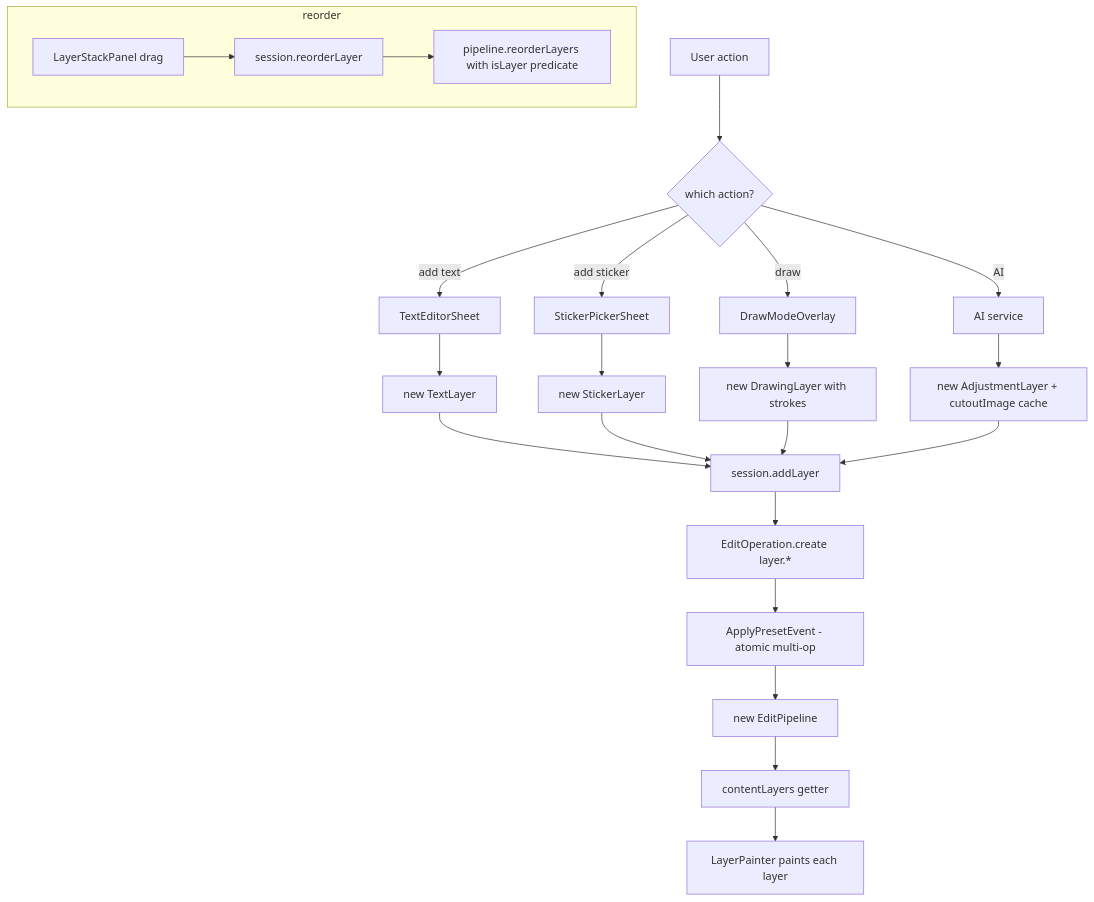
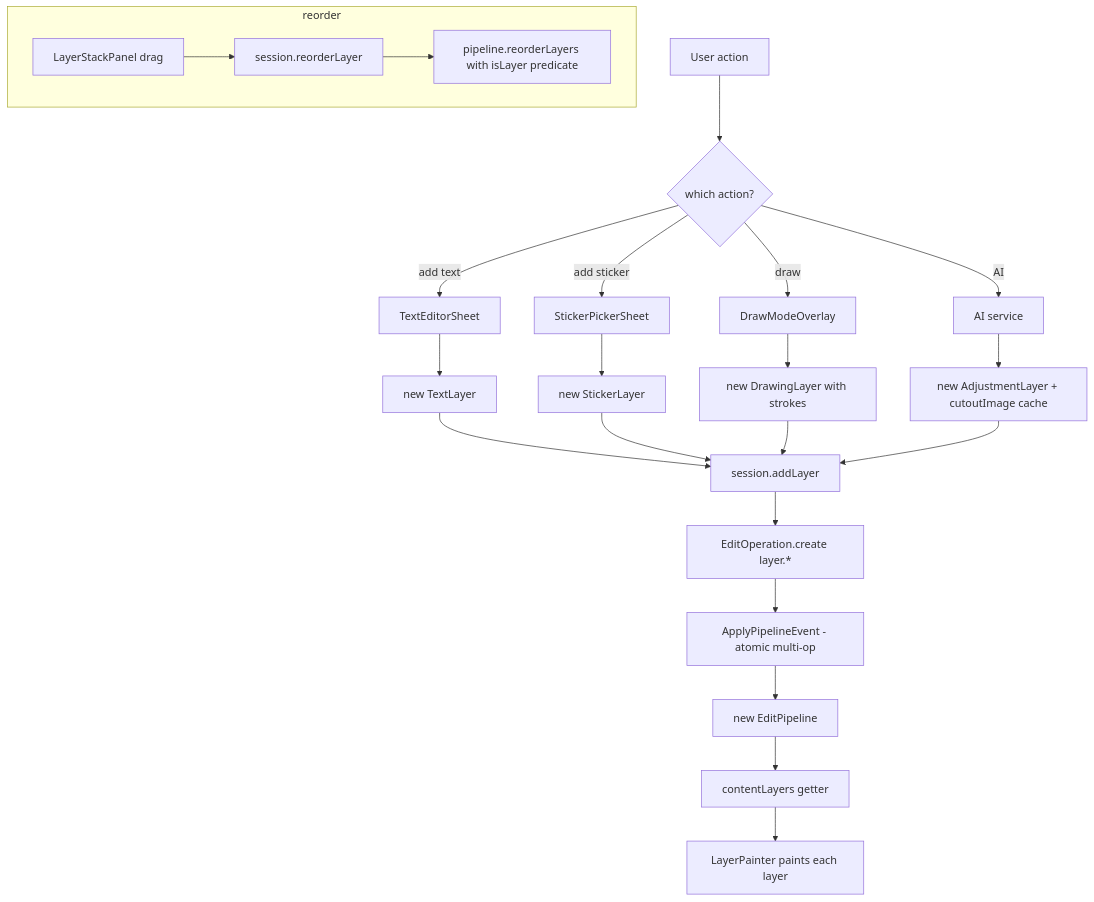
One commit to alij1991/Image_Editor_Application changed the diagram in docs/guide/11-layers-and-masks.md. Above: the diagram before and after it, drawn with Mermaid. The commit also changed other lines of this file and 23 other files, not shown here.

````diff
--- a/docs/guide/11-layers-and-masks.md
+++ b/docs/guide/11-layers-and-masks.md
@@ -42,30 +42,30 @@
 ```mermaid
 flowchart TD
   UI[User action] --> Path{which action?}
 
   Path -->|add text| Sheet1[TextEditorSheet]
   Path -->|add sticker| Sheet2[StickerPickerSheet]
   Path -->|draw| Overlay[DrawModeOverlay]
   Path -->|AI| Service[AI service]
 
   Sheet1 --> ConstructText[new TextLayer]
   Sheet2 --> ConstructStick[new StickerLayer]
   Overlay --> ConstructDraw[new DrawingLayer with strokes]
   Service --> ConstructAdj[new AdjustmentLayer + cutoutImage cache]
 
   ConstructText --> Add[session.addLayer]
   ConstructStick --> Add
   ConstructDraw --> Add
   ConstructAdj --> Add
 
   Add --> Op[EditOperation.create layer.*]
-  Op --> Bloc[ApplyPresetEvent - atomic multi-op]
+  Op --> Bloc[ApplyPipelineEvent - atomic multi-op]
   Bloc --> Pipeline[new EditPipeline]
   Pipeline --> Derive[contentLayers getter]
   Derive --> Painter[LayerPainter paints each layer]
 
   subgraph "reorder"
     Panel[LayerStackPanel drag] --> ReorderCall[session.reorderLayer]
     ReorderCall --> ReorderLayers[pipeline.reorderLayers with isLayer predicate]
   end
 ```
````
